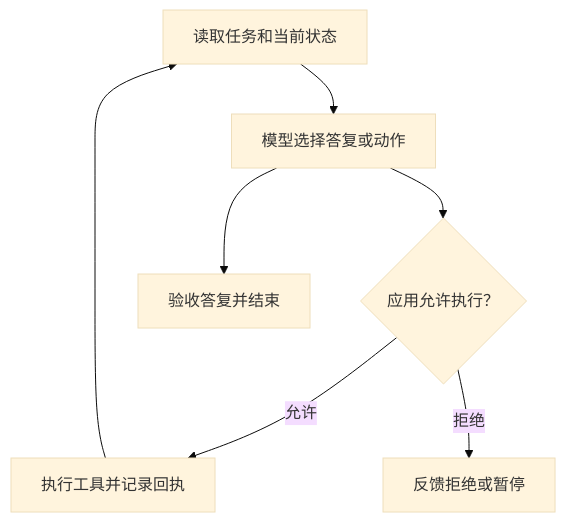
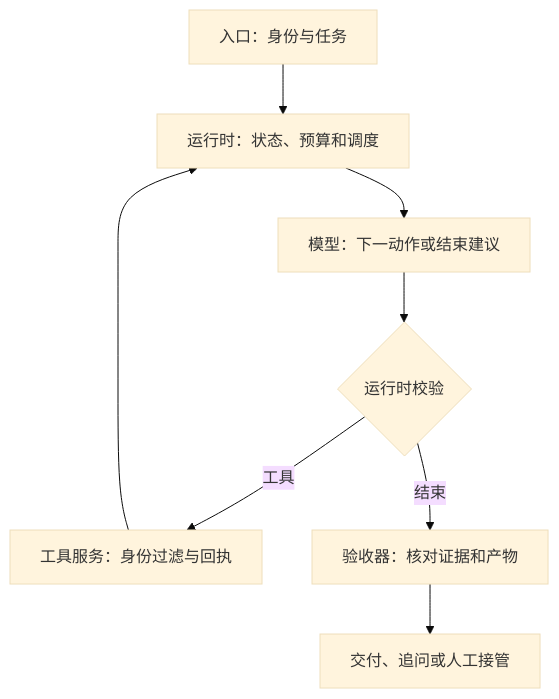
The first of 2 diagrams in _posts/2026-11-19-agent-engineering-foundations.md (xinfengwang/xinfengwang.github.io), drawn with Mermaid (base theme) before and after one commit. The commit also changed other lines of this file and 19 other files, not shown here.

````diff
--- a/_posts/2026-11-19-agent-engineering-foundations.md
+++ b/_posts/2026-11-19-agent-engineering-foundations.md
@@ -51,9 +87,10 @@
 ```mermaid
 flowchart TB
-  A["读取任务和当前状态"] --> B["模型选择答复或动作"]
-  B --> C{"应用允许执行？"}
-  C -->|允许| D["执行工具并记录回执"]
-  D --> A
-  C -->|拒绝| E["反馈拒绝或暂停"]
-  B --> F["验收答复并结束"]
+  A["入口：身份与任务"] --> B["运行时：状态、预算和调度"]
+  B --> C["模型：下一动作或结束建议"]
+  C --> D{"运行时校验"}
+  D -->|工具| E["工具服务：身份过滤与回执"]
+  E --> B
+  D -->|结束| F["验收器：核对证据和产物"]
+  F --> G["交付、追问或人工接管"]
 ```
````
